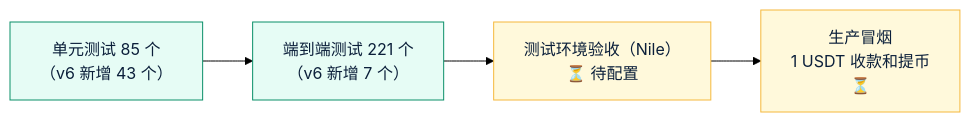
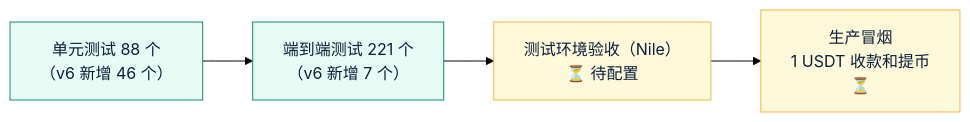
Before and after one commit to dollar3651314/amos111: the diagram in 测试报告/v6-测试报告.md, drawn with Mermaid (forest theme). The commit also changed other lines of this file and 2 other files, not shown here.

````diff
--- a/测试报告/v6-测试报告.md
+++ b/测试报告/v6-测试报告.md
@@ -10,11 +10,11 @@
 ```mermaid
 flowchart LR
-    U["单元测试 85 个<br/>（v6 新增 43 个）"] --> E["端到端测试 221 个<br/>（v6 新增 7 个）"]
+    U["单元测试 88 个<br/>（v6 新增 46 个）"] --> E["端到端测试 221 个<br/>（v6 新增 7 个）"]
     E --> S["测试环境验收（Nile）<br/>⏳ 待配置"]
     S --> P["生产冒烟<br/>1 USDT 收款和提币<br/>⏳"]
 
     classDef ok fill:#E6FCF5,stroke:#0A8F68,color:#0B1F3A
     classDef wait fill:#FFF9DB,stroke:#F5B83D,color:#0B1F3A
     class U,E ok
     class S,P wait
 ```
````
